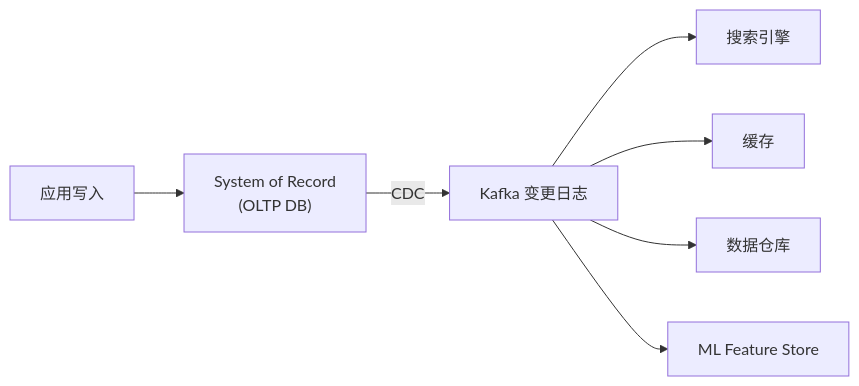
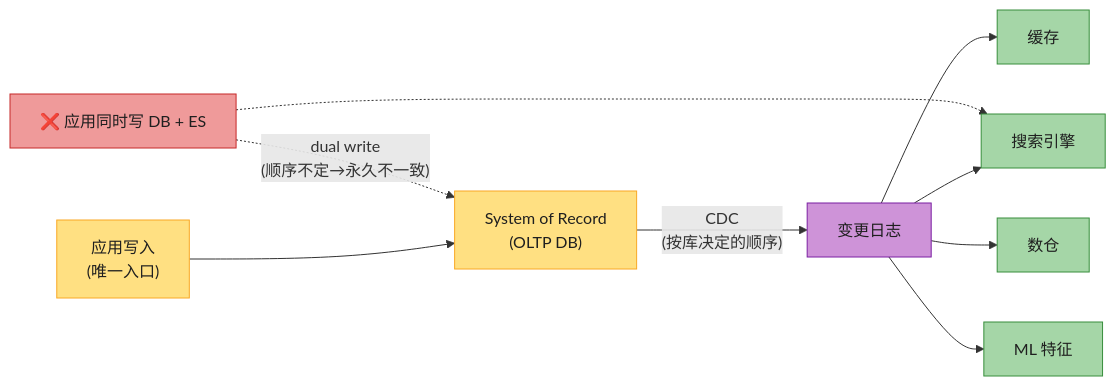
The second of 15 diagrams in ch13-流系统的哲学.md (socoo123/ddia_2nd), drawn with Mermaid before and after one commit. The commit also changed other lines of this file and 5 other files, not shown here.

````diff
--- a/ch13-流系统的哲学.md
+++ b/ch13-流系统的哲学.md
@@ -64,9 +73,21 @@
 ```mermaid
-graph LR
-    APP["应用写入"] --> SOR["System of Record<br/>(OLTP DB)"]
-    SOR -->|"CDC"| LOG["Kafka 变更日志"]
+flowchart LR
+    APP["应用写入<br/>(唯一入口)"] --> SOR["System of Record<br/>(OLTP DB)"]
+    SOR -->|"CDC<br/>(按库决定的顺序)"| LOG["变更日志"]
     LOG --> ES["搜索引擎"]
     LOG --> CACHE["缓存"]
-    LOG --> DW["数据仓库"]
-    LOG --> ML["ML Feature Store"]
+    LOG --> DW["数仓"]
+    LOG --> ML["ML 特征"]
+
+    BAD["❌ 应用同时写 DB + ES"] -.->|"dual write<br/>(顺序不定→永久不一致)"| SOR
+    BAD -.-> ES
+
+    style APP fill:#FFE082,stroke:#F9A825,color:#1f1f1f
+    style SOR fill:#FFE082,stroke:#F9A825,color:#1f1f1f
+    style LOG fill:#CE93D8,stroke:#7B1FA2,color:#1f1f1f
+    style ES fill:#A5D6A7,stroke:#388E3C,color:#1f1f1f
+    style CACHE fill:#A5D6A7,stroke:#388E3C,color:#1f1f1f
+    style DW fill:#A5D6A7,stroke:#388E3C,color:#1f1f1f
+    style ML fill:#A5D6A7,stroke:#388E3C,color:#1f1f1f
+    style BAD fill:#EF9A9A,stroke:#C62828,color:#1f1f1f
 ```
````
